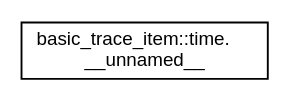
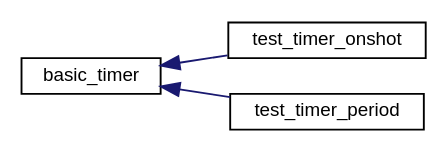
The diagram in docs/inherit_graph_14.dot (RoseLeBlood/mnthread-docs), drawn with Graphviz before and after one commit. The commit also changed 684 other files, not shown here.

```diff
--- a/docs/inherit_graph_14.dot
+++ b/docs/inherit_graph_14.dot
@@ -1,8 +1,12 @@
 digraph "Graphical Class Hierarchy"
 {
  // LATEX_PDF_SIZE
   edge [fontname="Helvetica",fontsize="10",labelfontname="Helvetica",labelfontsize="10"];
   node [fontname="Helvetica",fontsize="10",shape=record];
   rankdir="LR";
-  Node0 [label="basic_trace_item::time.\l__unnamed__",height=0.2,width=0.4,color="black", fillcolor="white", style="filled",URL="$classbasic__trace__item.html#unionbasic__trace__item_1_1time_8____unnamed____",tooltip=" "];
+  Node0 [label="basic_timer",height=0.2,width=0.4,color="black", fillcolor="white", style="filled",URL="$classbasic__timer.html",tooltip=" "];
+  Node0 -> Node1 [dir="back",color="midnightblue",fontsize="10",style="solid",fontname="Helvetica"];
+  Node1 [label="test_timer_onshot",height=0.2,width=0.4,color="black", fillcolor="white", style="filled",URL="$classtest__timer__onshot.html",tooltip=" "];
+  Node0 -> Node2 [dir="back",color="midnightblue",fontsize="10",style="solid",fontname="Helvetica"];
+  Node2 [label="test_timer_period",height=0.2,width=0.4,color="black", fillcolor="white", style="filled",URL="$classtest__timer__period.html",tooltip=" "];
 }
```
